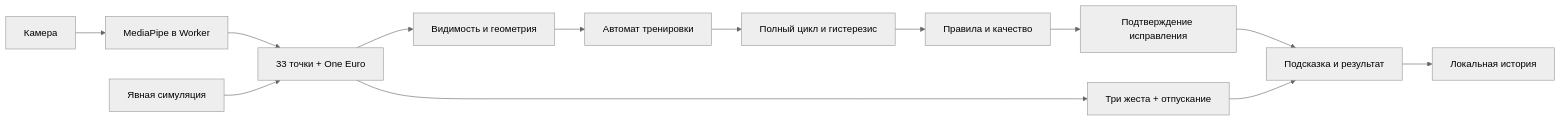
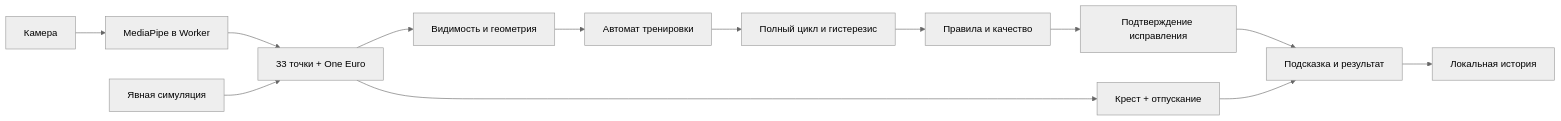
Before and after one commit to ovverage/zerkalo: the diagram in README.md, drawn with Mermaid (neutral theme). The commit also changed other lines of this file and 29 other files, not shown here.

````diff
--- a/README.md
+++ b/README.md
@@ -122,15 +140,15 @@
 ```mermaid
 flowchart LR
   Camera[Камера] --> MP[MediaPipe в Worker]
   MP --> Body[33 точки + One Euro]
   Sim[Явная симуляция] --> Body
   Body --> Visibility[Видимость и геометрия]
   Visibility --> Session[Автомат тренировки]
   Session --> Rep[Полный цикл и гистерезис]
   Rep --> Rules[Правила и качество]
   Rules --> Fix[Подтверждение исправления]
   Fix --> UI[Подсказка и результат]
-  Body --> Gestures[Три жеста + отпускание]
+  Body --> Gestures[Крест + отпускание]
   Gestures --> UI
   UI --> Local[Локальная история]
 ```
````
